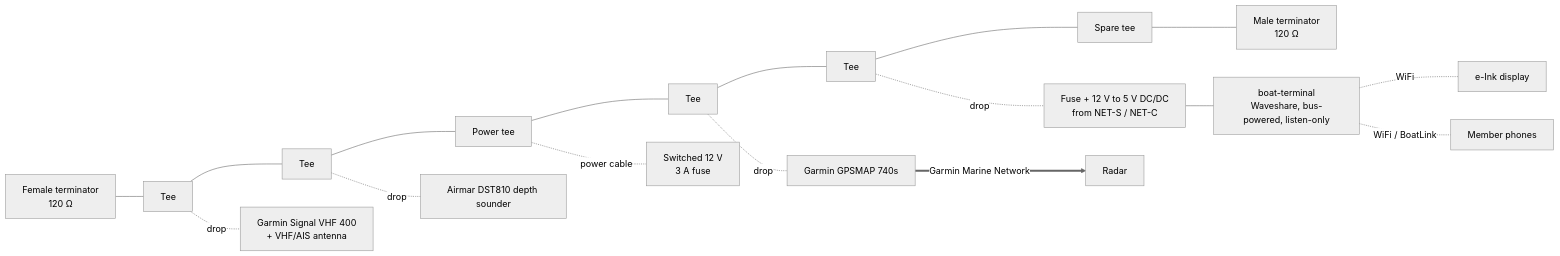
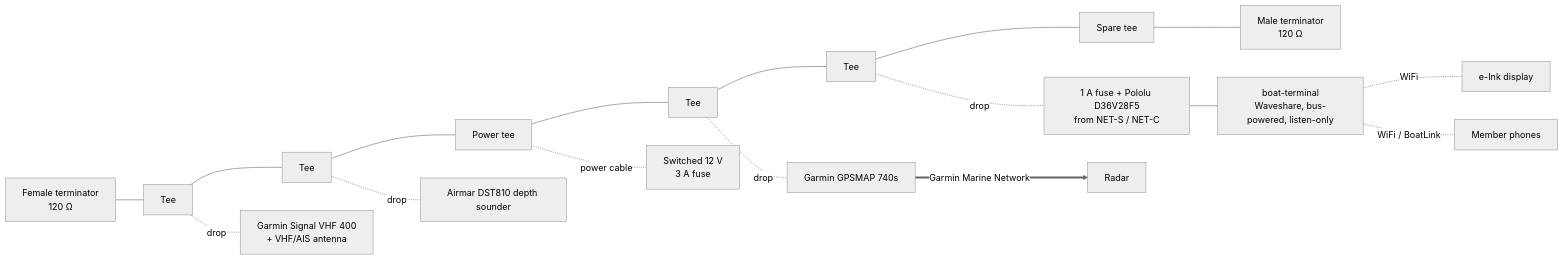
Before and after one commit to l-m-y-c/boat-terminal: the first of 2 diagrams in docs/19-n2k-backbone-install.md, drawn with Mermaid (neutral theme). The commit also changed other lines of this file and 8 other files, not shown here.

Commit message:
Add the off-the-shelf N2K bus power supply: wiring diagram, parts list and bench test. Note a 3D-printable case for the display board.

````diff
--- a/docs/19-n2k-backbone-install.md
+++ b/docs/19-n2k-backbone-install.md
@@ -13,16 +13,16 @@
 ```mermaid
 flowchart LR
     TF[Female terminator<br/>120 Ω] --- T1
     T1[Tee] --- T2[Tee] --- TP[Power tee] --- T3[Tee] --- T4[Tee] --- T5[Spare tee]
     T5 --- TM[Male terminator<br/>120 Ω]
 
     T1 -. drop .- VHF[Garmin Signal VHF 400<br/>+ VHF/AIS antenna]
     T2 -. drop .- DEP[Airmar DST810 depth sounder]
     TP -. power cable .- PWR[Switched 12 V<br/>3 A fuse]
     T3 -. drop .- PLOT[Garmin GPSMAP 740s]
-    T4 -. drop .- DCDC[Fuse + 12 V to 5 V DC/DC<br/>from NET-S / NET-C] --- BT[boat-terminal<br/>Waveshare, bus-powered, listen-only]
+    T4 -. drop .- DCDC[1 A fuse + Pololu D36V28F5<br/>from NET-S / NET-C] --- BT[boat-terminal<br/>Waveshare, bus-powered, listen-only]
 
     PLOT == Garmin Marine Network ==> RADAR[Radar]
     BT -. WiFi .- EINK[e-Ink display]
     BT -. WiFi / BoatLink .- PHONE[Member phones]
 ```
````
